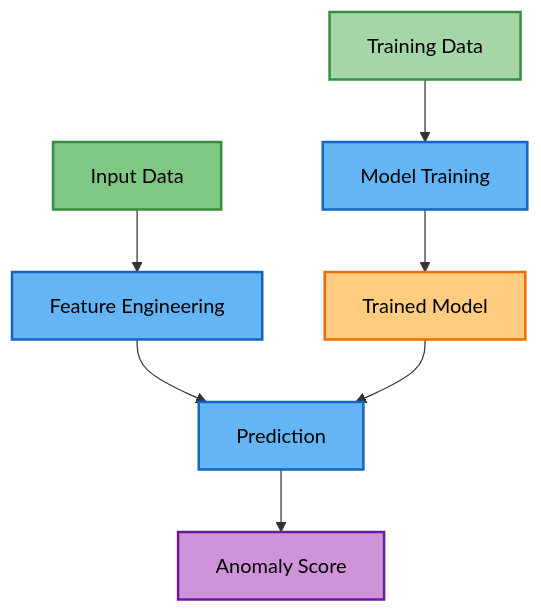
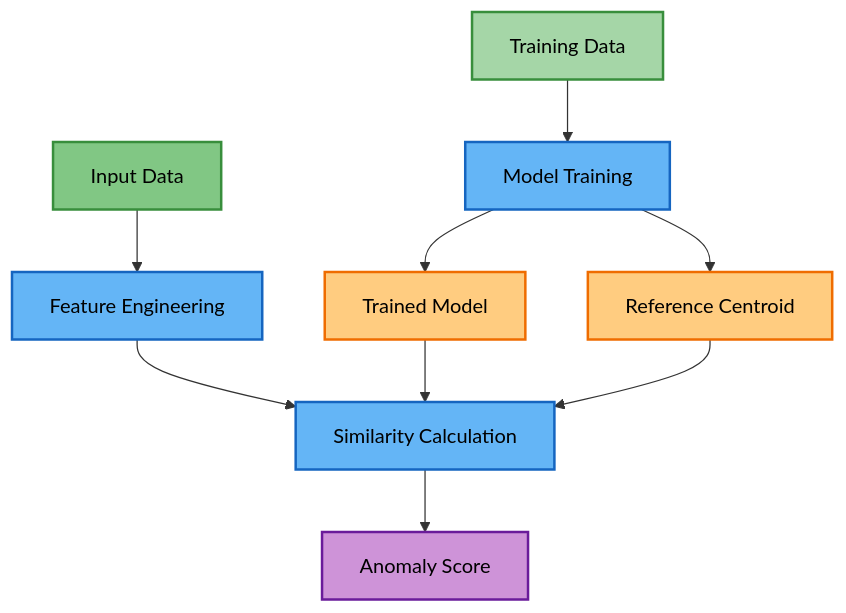
One commit to xafron-bv/data-quality-monitoring changed the third of 4 diagrams in docs/architecture/detection-methods.md. Above: the diagram before and after it, drawn with Mermaid. The commit also changed other lines of this file and 7 other files, not shown here.

````diff
--- a/docs/architecture/detection-methods.md
+++ b/docs/architecture/detection-methods.md
@@ -151,16 +151,18 @@
 ```mermaid
 flowchart TB
     TD[Training Data]:::train --> MT[Model Training]:::process
     MT --> TM[Trained Model]:::model
+    MT --> RC[Reference Centroid]:::model
     
     ID[Input Data]:::input --> FE[Feature Engineering]:::process
-    FE --> P[Prediction]:::process
+    FE --> P[Similarity Calculation]:::process
     TM --> P
+    RC --> P
     P --> AS[Anomaly Score]:::output
     
     classDef train fill:#a5d6a7,stroke:#388e3c,stroke-width:2px,color:#000
     classDef input fill:#81c784,stroke:#388e3c,stroke-width:2px,color:#000
     classDef process fill:#64b5f6,stroke:#1565c0,stroke-width:2px,color:#000
     classDef model fill:#ffcc80,stroke:#ef6c00,stroke-width:2px,color:#000
     classDef output fill:#ce93d8,stroke:#6a1b9a,stroke-width:2px,color:#000
 ```
````
